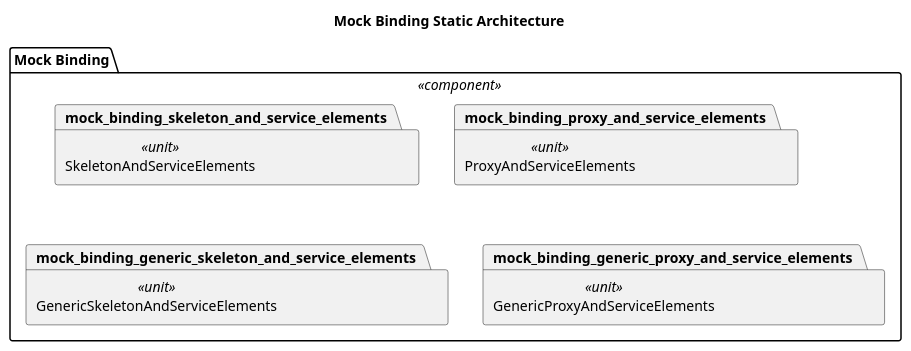
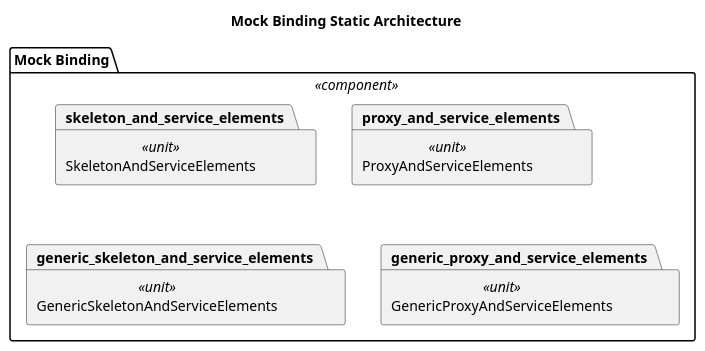
Before and after one commit to eclipse-score/communication: the diagram in score/mw/com/dependability/architectural_design/static_design/mock_binding.puml, drawn with PlantUML. The commit also changed 2 other files, not shown here.

```diff
--- a/score/mw/com/dependability/architectural_design/static_design/mock_binding.puml
+++ b/score/mw/com/dependability/architectural_design/static_design/mock_binding.puml
@@ -13,14 +13,14 @@
 @startuml safety_sentinel_mock_binding_design
 title "Mock Binding Static Architecture"
 
 package "Mock Binding" as mock_binding <<component>> {
-  package "SkeletonAndServiceElements" as mock_binding_skeleton_and_service_elements <<unit>>  
+  package "SkeletonAndServiceElements" as skeleton_and_service_elements <<unit>>  
 
-  package "ProxyAndServiceElements" as mock_binding_proxy_and_service_elements <<unit>>  
+  package "ProxyAndServiceElements" as proxy_and_service_elements <<unit>>  
 
-  package "GenericSkeletonAndServiceElements" as mock_binding_generic_skeleton_and_service_elements <<unit>>  
+  package "GenericSkeletonAndServiceElements" as generic_skeleton_and_service_elements <<unit>>  
 
-  package "GenericProxyAndServiceElements" as mock_binding_generic_proxy_and_service_elements <<unit>>  
+  package "GenericProxyAndServiceElements" as generic_proxy_and_service_elements <<unit>>  
 }
 
 @enduml
```
